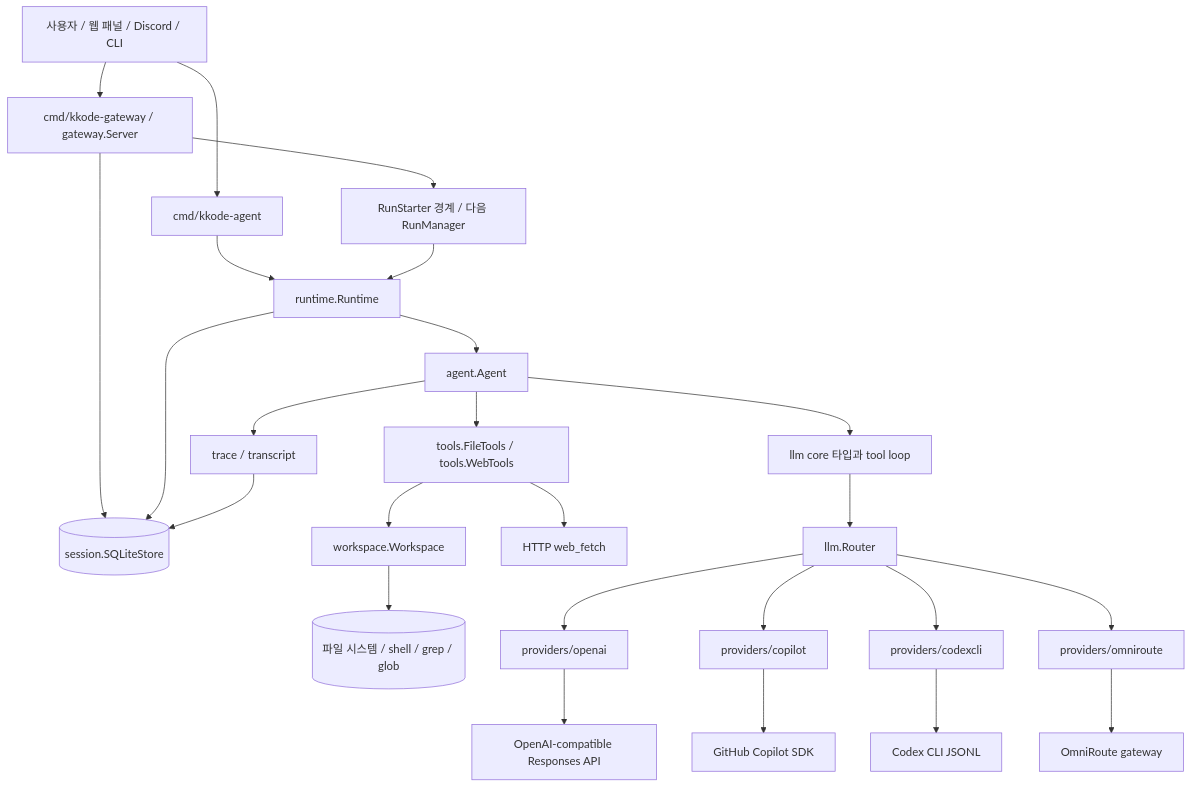
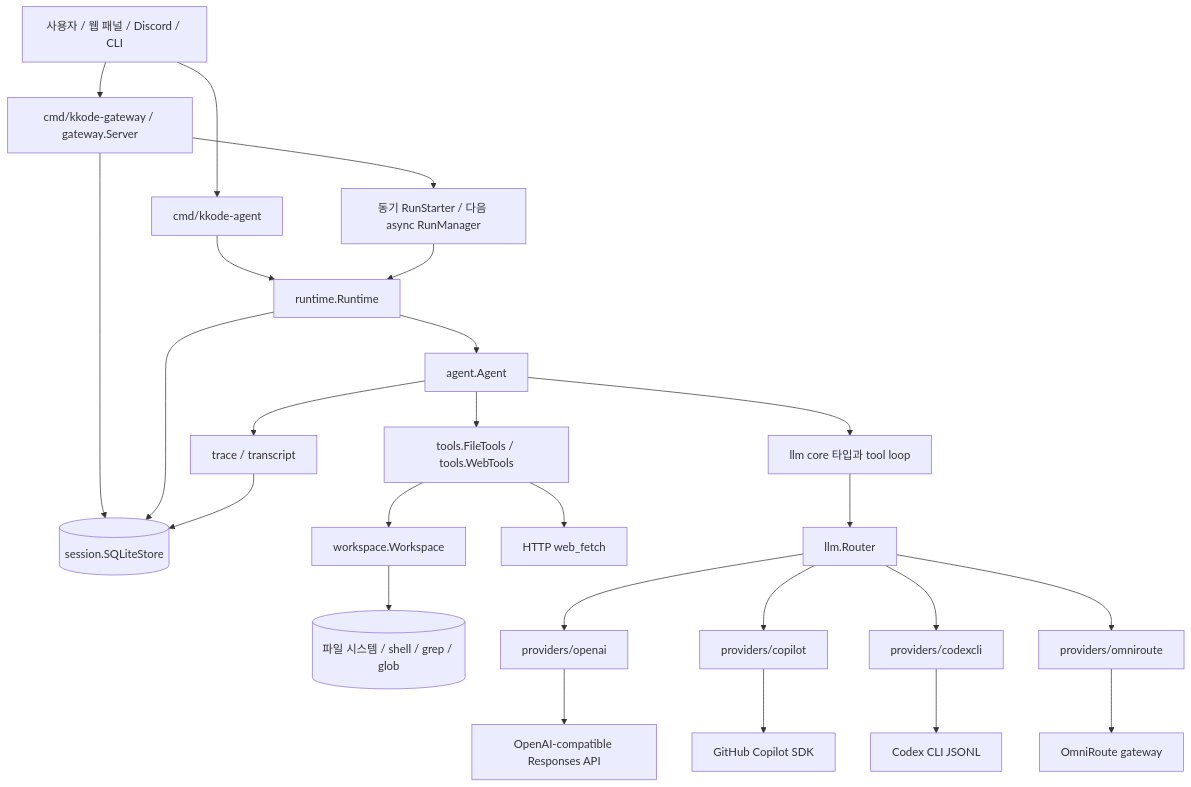
One commit to sleepysoong/kkode changed the first of 4 diagrams in README.md. Above: the diagram before and after it, drawn with Mermaid. The commit also changed other lines of this file and 17 other files, not shown here.

````diff
--- a/README.md
+++ b/README.md
@@ -14,32 +14,32 @@
 ```mermaid
 graph TD
     User[사용자 / 웹 패널 / Discord / CLI] --> CLI[cmd/kkode-agent]
     User --> GW[cmd/kkode-gateway / gateway.Server]
 
     CLI --> RT[runtime.Runtime]
     GW --> Store[(session.SQLiteStore)]
-    GW --> RunStarter[RunStarter 경계 / 다음 RunManager]
-    RunStarter --> RT
+    GW --> SyncRunStarter[동기 RunStarter / 다음 async RunManager]
+    SyncRunStarter --> RT
 
     RT --> Agent[agent.Agent]
     RT --> Store
     Agent --> Core[llm core 타입과 tool loop]
     Agent --> Tools[tools.FileTools / tools.WebTools]
     Tools --> WS[workspace.Workspace]
     WS --> FS[(파일 시스템 / shell / grep / glob)]
     Tools --> Web[HTTP web_fetch]
 
     Core --> Router[llm.Router]
     Router --> OpenAI[providers/openai]
     Router --> Copilot[providers/copilot]
     Router --> Codex[providers/codexcli]
     Router --> OmniRoute[providers/omniroute]
 
     OpenAI --> ModelAPI[OpenAI-compatible Responses API]
     Copilot --> CopilotSDK[GitHub Copilot SDK]
     Codex --> CodexCLI[Codex CLI JSONL]
     OmniRoute --> OmniRouteAPI[OmniRoute gateway]
 
     Agent --> Trace[trace / transcript]
     Trace --> Store
 ```
````
